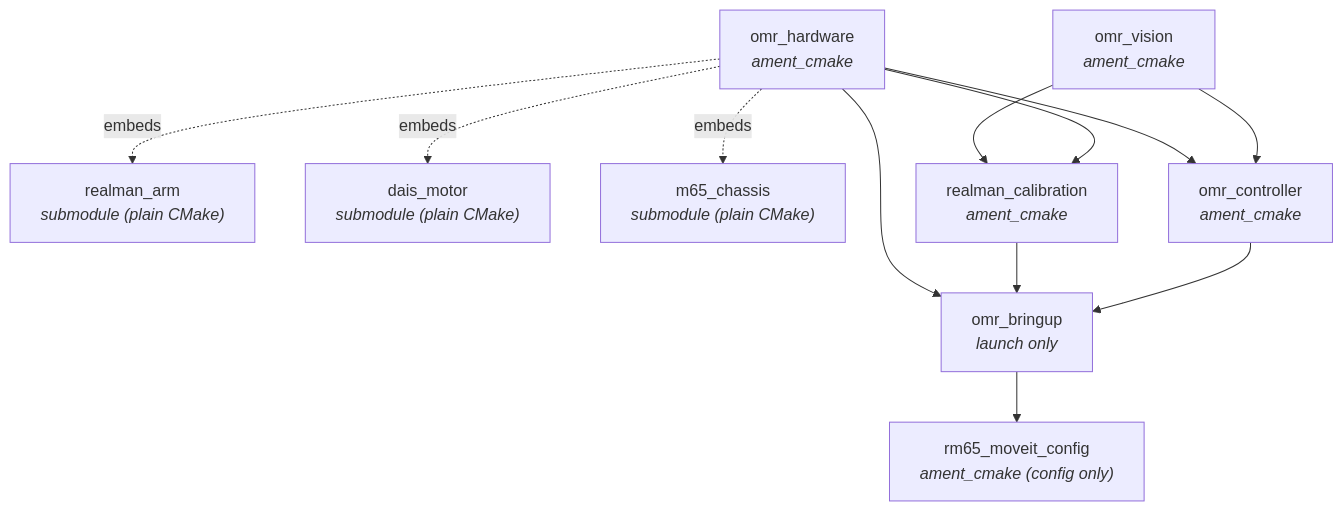
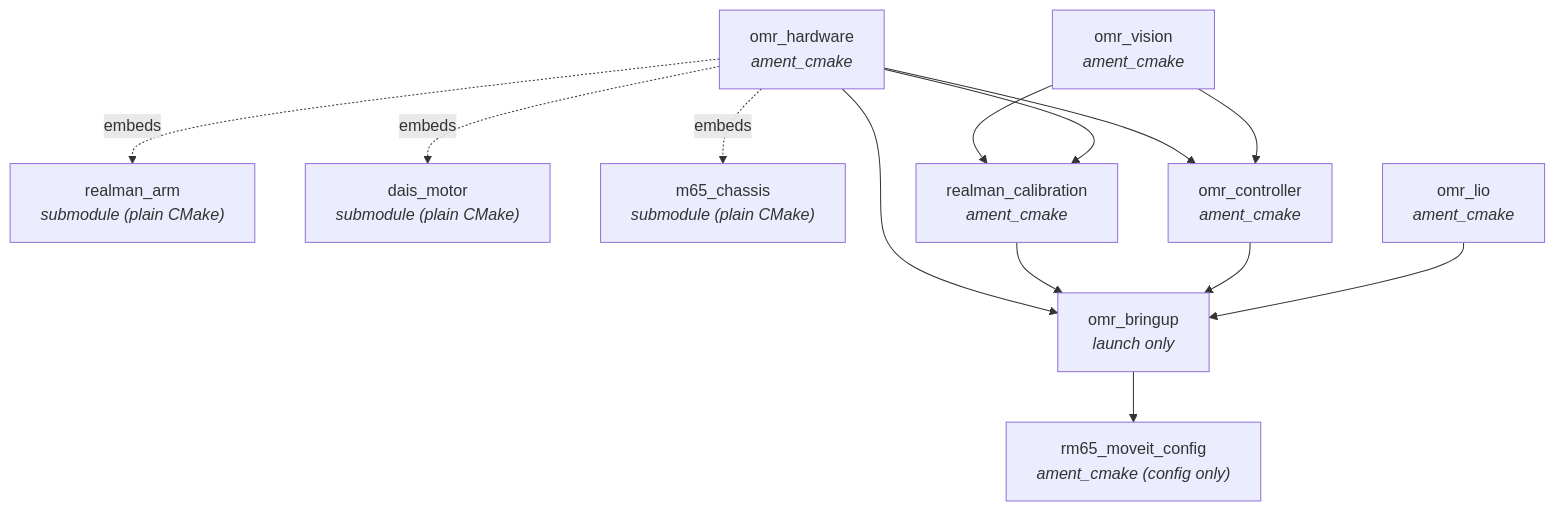
Before and after one commit to sunyuming53-byte/the_first_box: the second of 4 diagrams in README.md, drawn with Mermaid. The commit also changed other lines of this file, not shown here.

Commit message:
docs: add omr_lio to README

````diff
--- a/README.md
+++ b/README.md
@@ -370,23 +401,25 @@
 ```mermaid
 graph TD
     vision["omr_vision<br/><i>ament_cmake</i>"]
     hw["omr_hardware<br/><i>ament_cmake</i>"]
     arm["realman_arm<br/><i>submodule (plain CMake)</i>"]
     motor["dais_motor<br/><i>submodule (plain CMake)</i>"]
     m65["m65_chassis<br/><i>submodule (plain CMake)</i>"]
     calib["realman_calibration<br/><i>ament_cmake</i>"]
     ctrl["omr_controller<br/><i>ament_cmake</i>"]
+    lio["omr_lio<br/><i>ament_cmake</i>"]
     bringup["omr_bringup<br/><i>launch only</i>"]
 
     vision --> calib
     hw -.->|embeds| arm
     hw -.->|embeds| motor
     hw -.->|embeds| m65
     hw --> calib
     hw --> ctrl
     vision --> ctrl
     hw --> bringup
     calib --> bringup
     ctrl --> bringup
+    lio --> bringup
     bringup --> moveit["rm65_moveit_config<br/><i>ament_cmake (config only)</i>"]
 ```
````
